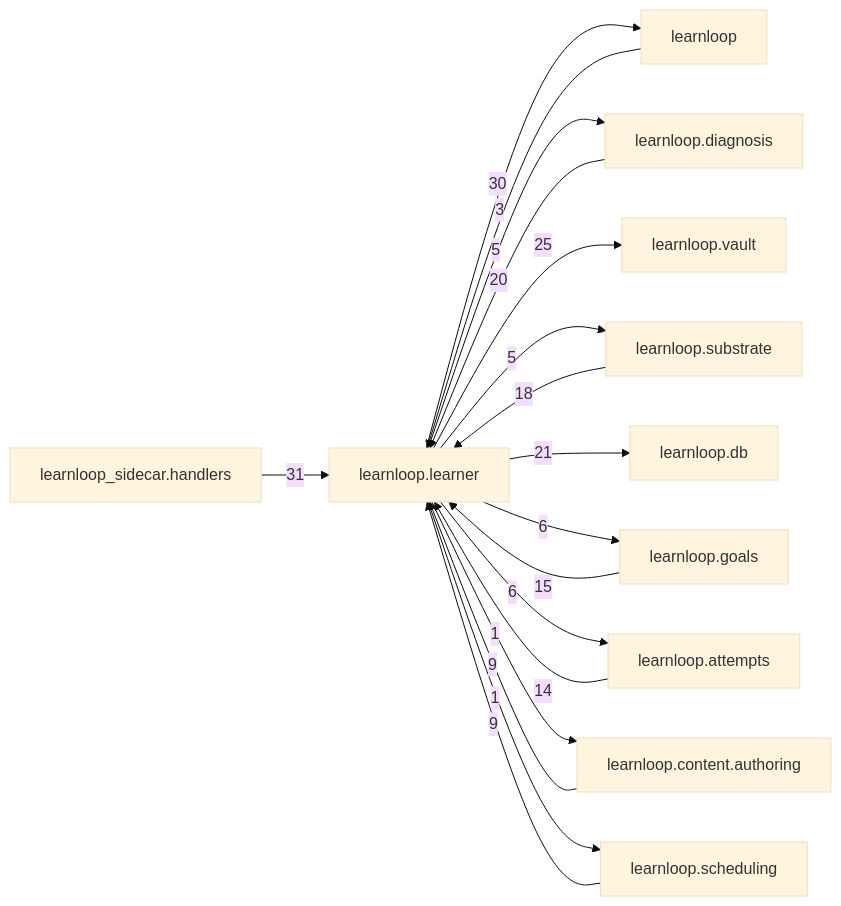
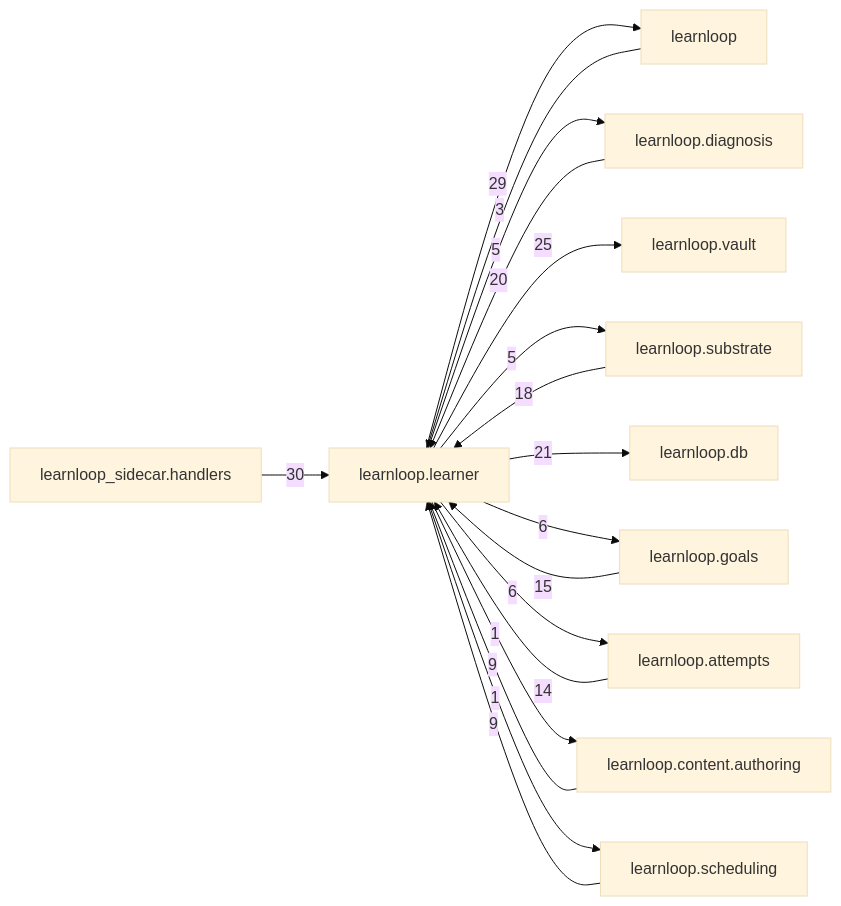
Before and after one commit to 6up-b/learnanything: the diagram in docs/learnloop-architecture-vault/Reference/Modules/learnloop/learner/_package.md, drawn with Mermaid (base theme). The commit also changed other lines of this file and 46 other files, not shown here.

````diff
--- a/docs/learnloop-architecture-vault/Reference/Modules/learnloop/learner/_package.md
+++ b/docs/learnloop-architecture-vault/Reference/Modules/learnloop/learner/_package.md
@@ -156,31 +156,31 @@
 ```mermaid
 flowchart LR
     center["learnloop.learner"]
     n_learnloop["learnloop"]
     n_learnloop_sidecar_handlers["learnloop_sidecar.handlers"]
     n_learnloop_diagnosis["learnloop.diagnosis"]
     n_learnloop_vault["learnloop.vault"]
     n_learnloop_substrate["learnloop.substrate"]
     n_learnloop_db["learnloop.db"]
     n_learnloop_goals["learnloop.goals"]
     n_learnloop_attempts["learnloop.attempts"]
     n_learnloop_content_authoring["learnloop.content.authoring"]
     n_learnloop_scheduling["learnloop.scheduling"]
     n_learnloop -->|3| center
-    center -->|30| n_learnloop
-    n_learnloop_sidecar_handlers -->|31| center
+    center -->|29| n_learnloop
+    n_learnloop_sidecar_handlers -->|30| center
     n_learnloop_diagnosis -->|20| center
     center -->|5| n_learnloop_diagnosis
     center -->|25| n_learnloop_vault
     n_learnloop_substrate -->|18| center
     center -->|5| n_learnloop_substrate
     center -->|21| n_learnloop_db
     n_learnloop_goals -->|15| center
     center -->|6| n_learnloop_goals
     n_learnloop_attempts -->|14| center
     center -->|6| n_learnloop_attempts
     n_learnloop_content_authoring -->|9| center
     center -->|1| n_learnloop_content_authoring
     n_learnloop_scheduling -->|9| center
     center -->|1| n_learnloop_scheduling
 ```
````
